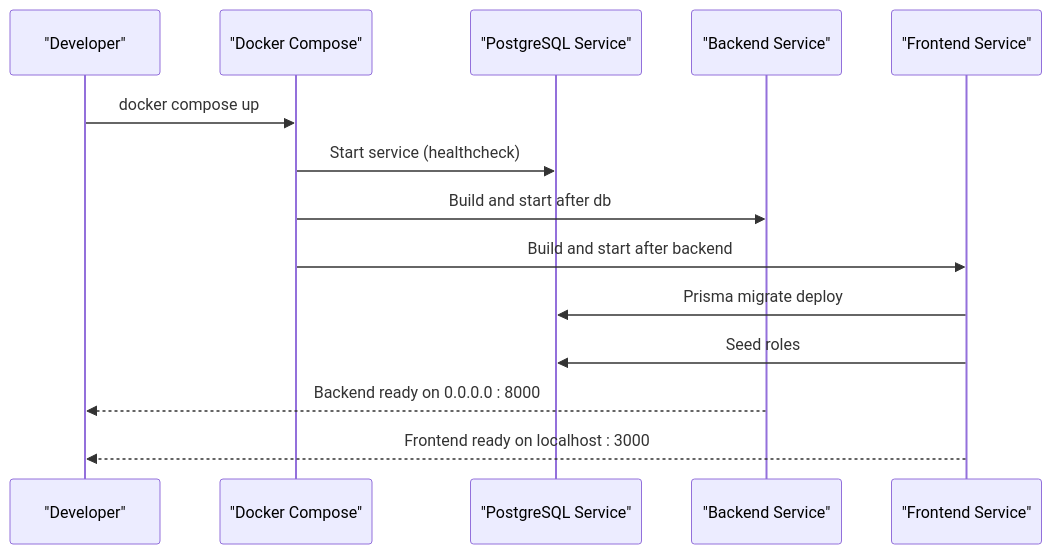
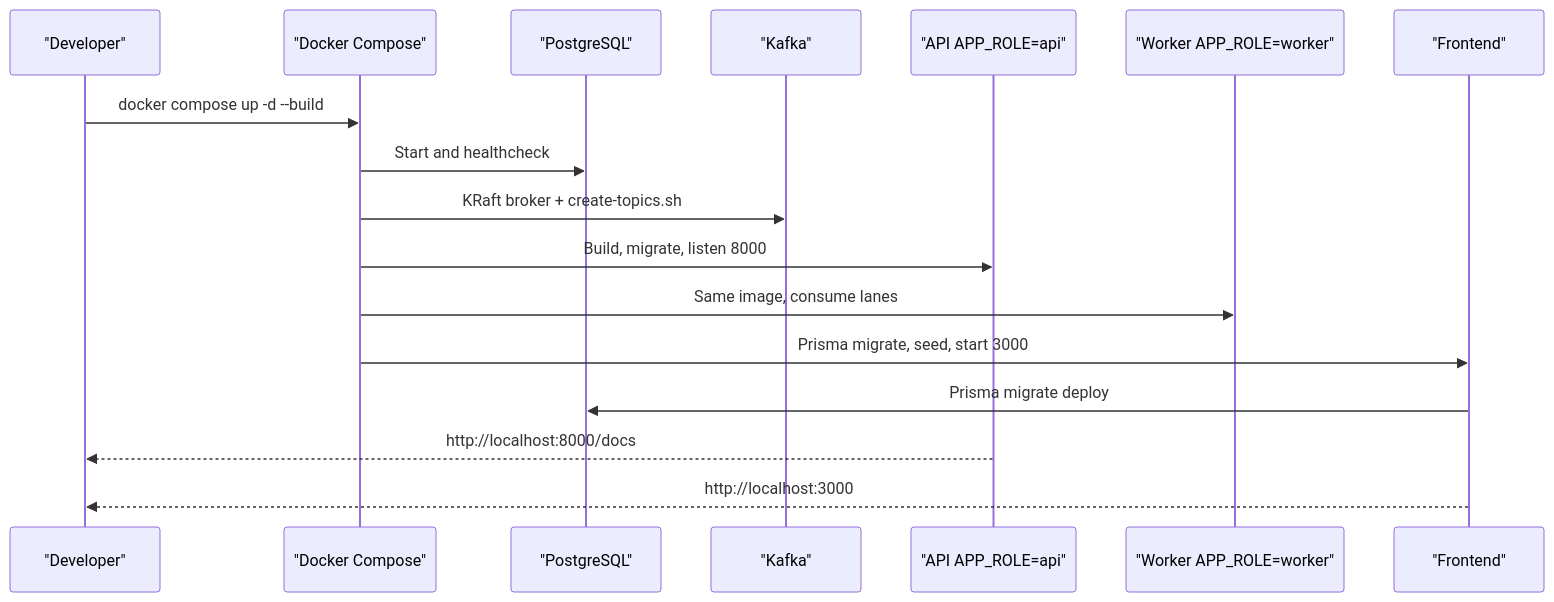
One commit to tashifkhan/tashif.codes changed the fifth of 8 diagrams in src/data/docs/talentsync/Getting Started.md. Above: the diagram before and after it, drawn with Mermaid. The commit also changed other lines of this file and 2128 other files, not shown here.

First line of the commit message:
docs: replace raster diagram images with native Mermaid across project guides

````diff
--- a/src/data/docs/talentsync/Getting Started.md
+++ b/src/data/docs/talentsync/Getting Started.md
@@ -142,16 +195,19 @@
 ```mermaid
 sequenceDiagram
 participant Dev as "Developer"
 participant Compose as "Docker Compose"
-participant DB as "PostgreSQL Service"
-participant BE as "Backend Service"
-participant FE as "Frontend Service"
-Dev->>Compose : docker compose up
-Compose->>DB : Start service (healthcheck)
-Compose->>BE : Build and start after db
-Compose->>FE : Build and start after backend
+participant DB as "PostgreSQL"
+participant K as "Kafka"
+participant BE as "API APP_ROLE=api"
+participant W as "Worker APP_ROLE=worker"
+participant FE as "Frontend"
+Dev->>Compose : docker compose up -d --build
+Compose->>DB : Start and healthcheck
+Compose->>K : KRaft broker + create-topics.sh
+Compose->>BE : Build, migrate, listen 8000
+Compose->>W : Same image, consume lanes
+Compose->>FE : Prisma migrate, seed, start 3000
 FE->>DB : Prisma migrate deploy
-FE->>DB : Seed roles
-BE-->>Dev : Backend ready on 0.0.0.0 : 8000
-FE-->>Dev : Frontend ready on localhost : 3000
+BE-->>Dev : http://localhost:8000/docs
+FE-->>Dev : http://localhost:3000
 ```
````
